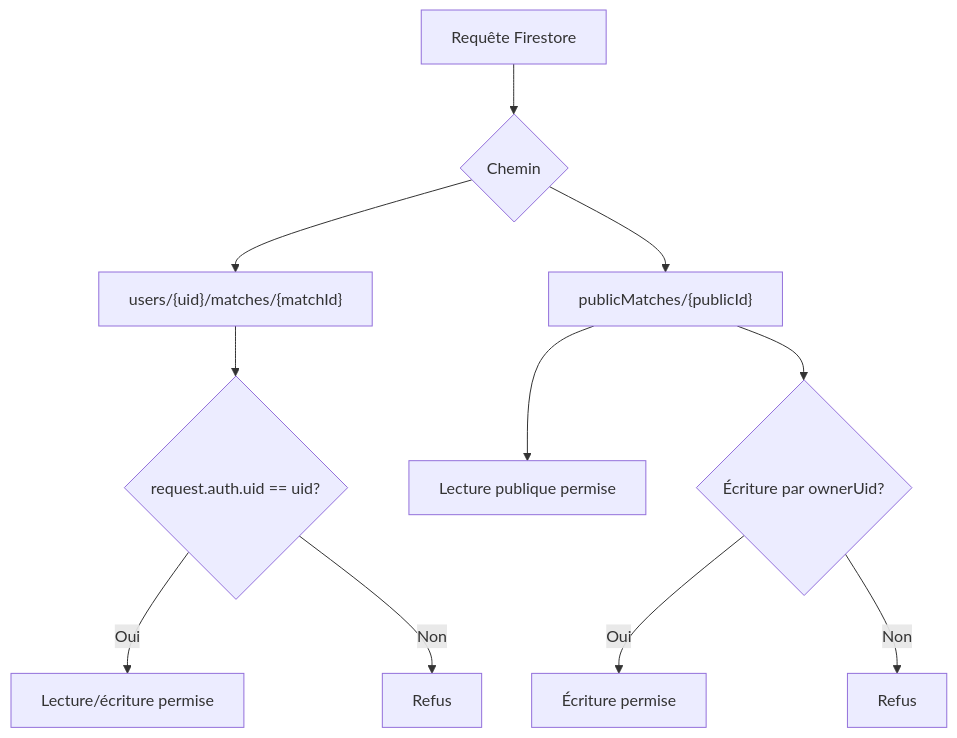
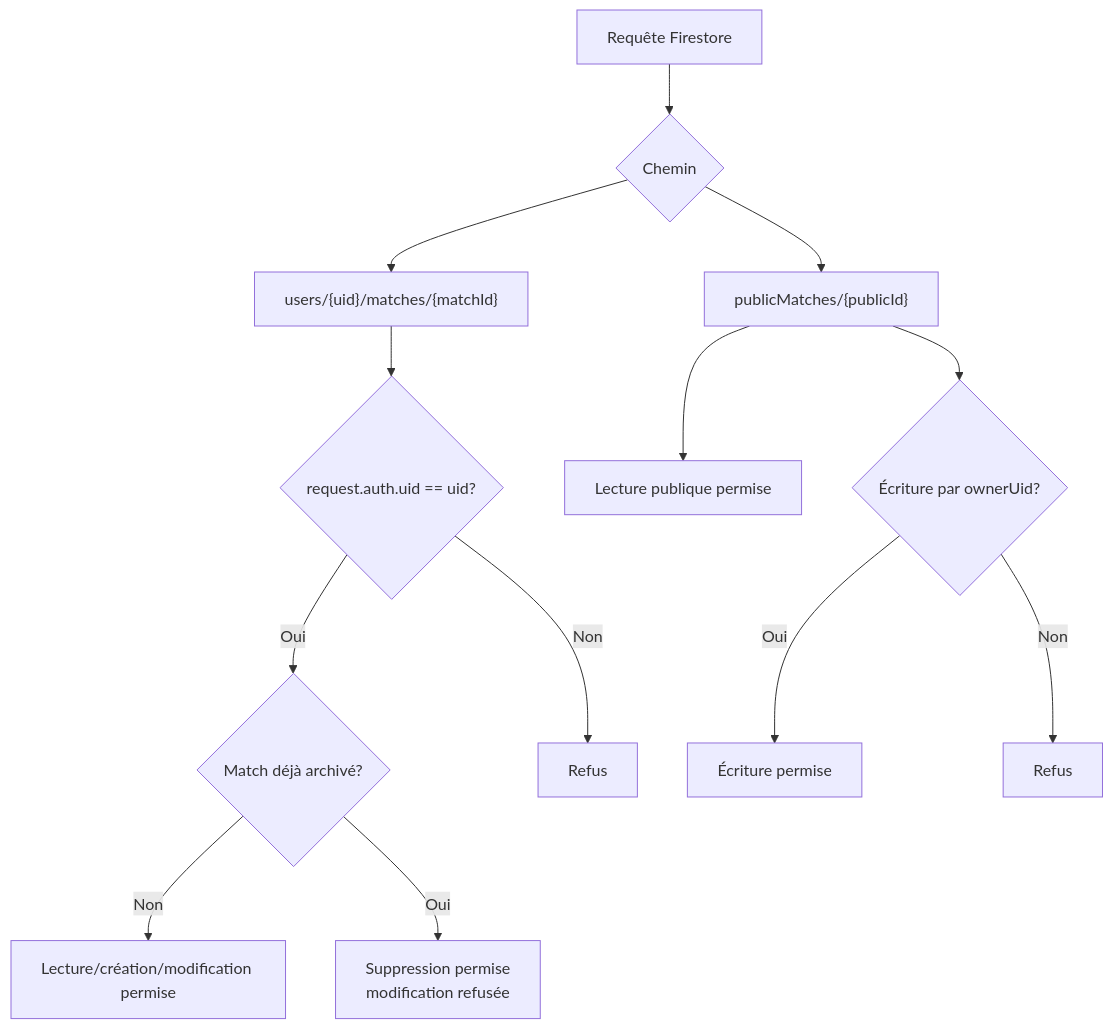
Before and after one commit to flegault/rallye-cap: the eighth of 8 diagrams in docs/firebase-firestore-sync.md, drawn with Mermaid. The commit also changed other lines of this file and 12 other files, not shown here.

Commit message:
Polish cloud sharing roadmap and spectator program

````diff
--- a/docs/firebase-firestore-sync.md
+++ b/docs/firebase-firestore-sync.md
@@ -162,13 +163,15 @@
 ```mermaid
 flowchart TD
   Request["Requête Firestore"] --> Path{"Chemin"}
   Path --> Private["users/{uid}/matches/{matchId}"]
   Path --> Public["publicMatches/{publicId}"]
   Private --> AuthCheck{"request.auth.uid == uid?"}
-  AuthCheck -- Oui --> AllowPrivate["Lecture/écriture permise"]
+  AuthCheck -- Oui --> Archived{"Match déjà archivé?"}
+  Archived -- Non --> AllowPrivate["Lecture/création/modification permise"]
+  Archived -- Oui --> DeleteOnly["Suppression permise<br/>modification refusée"]
   AuthCheck -- Non --> DenyPrivate["Refus"]
   Public --> ReadPublic["Lecture publique permise"]
   Public --> WritePublic{"Écriture par ownerUid?"}
   WritePublic -- Oui --> AllowWrite["Écriture permise"]
   WritePublic -- Non --> DenyWrite["Refus"]
 ```
````
